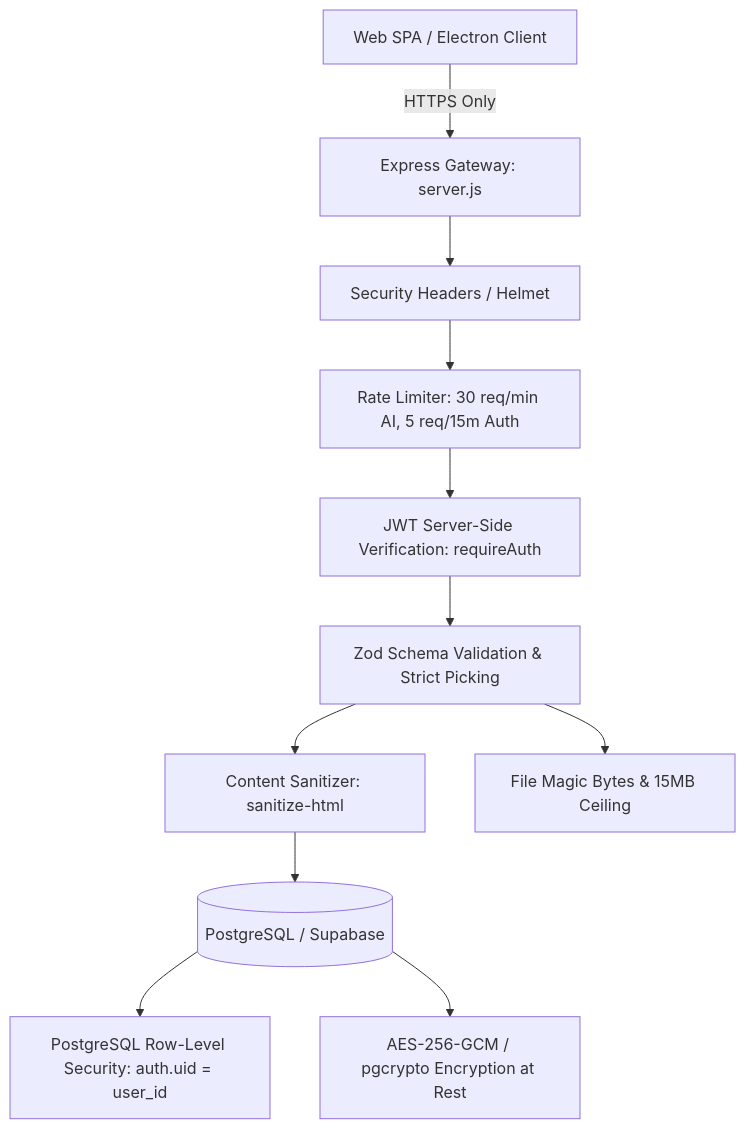
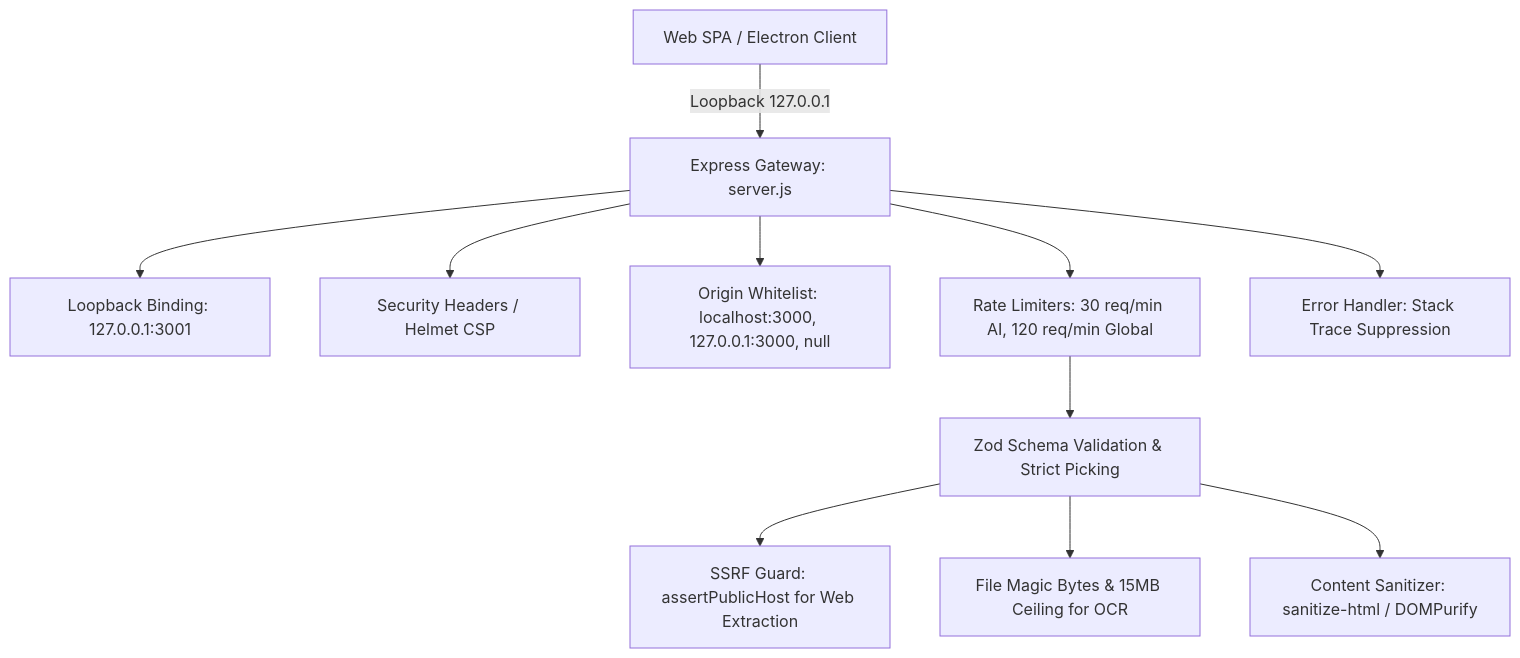
Before and after one commit to caoduongle/reader: the diagram in docs/security.md, drawn with Mermaid. The commit also changed other lines of this file and 52 other files, not shown here.

Commit message:
feat(cleanup): decommission SaaS layer, eliminate server crash guard, and harden Python CORS preflight

````diff
--- a/docs/security.md
+++ b/docs/security.md
@@ -11,13 +13,13 @@
 ```mermaid
 flowchart TD
-    Client[Web SPA / Electron Client] -->|HTTPS Only| Gateway[Express Gateway: server.js]
-    Gateway --> Helmet[Security Headers / Helmet]
-    Helmet --> RateLimiter[Rate Limiter: 30 req/min AI, 5 req/15m Auth]
-    RateLimiter --> Auth[JWT Server-Side Verification: requireAuth]
-    Auth --> Validation[Zod Schema Validation & Strict Picking]
-    Validation --> Sanitizer[Content Sanitizer: sanitize-html]
-    Validation --> UploadGuard[File Magic Bytes & 15MB Ceiling]
-    Sanitizer --> DB[(PostgreSQL / Supabase)]
-    DB --> RLS[PostgreSQL Row-Level Security: auth.uid = user_id]
-    DB --> Crypto[AES-256-GCM / pgcrypto Encryption at Rest]
+    Client[Web SPA / Electron Client] -->|Loopback 127.0.0.1| Gateway[Express Gateway: server.js]
+    Gateway --> Loopback[Loopback Binding: 127.0.0.1:3001]
+    Gateway --> Helmet[Security Headers / Helmet CSP]
+    Gateway --> CORS[Origin Whitelist: localhost:3000, 127.0.0.1:3000, null]
+    Gateway --> RateLimiter[Rate Limiters: 30 req/min AI, 120 req/min Global]
+    RateLimiter --> Validation[Zod Schema Validation & Strict Picking]
+    Validation --> SSRF[SSRF Guard: assertPublicHost for Web Extraction]
+    Validation --> UploadGuard[File Magic Bytes & 15MB Ceiling for OCR]
+    Validation --> Sanitizer[Content Sanitizer: sanitize-html / DOMPurify]
+    Gateway --> ErrHandler[Error Handler: Stack Trace Suppression]
 ```
````
